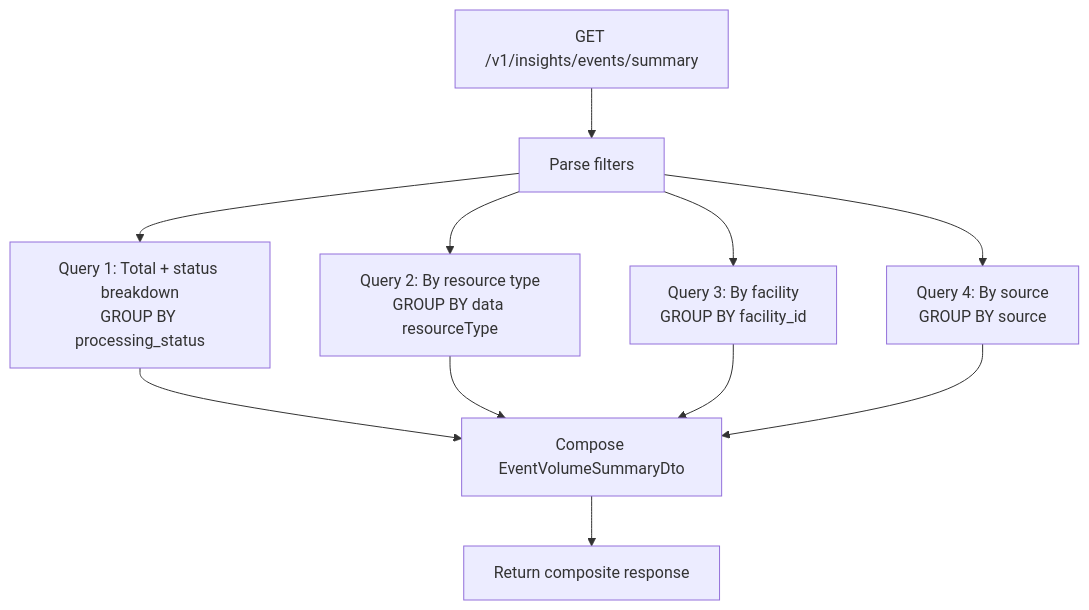
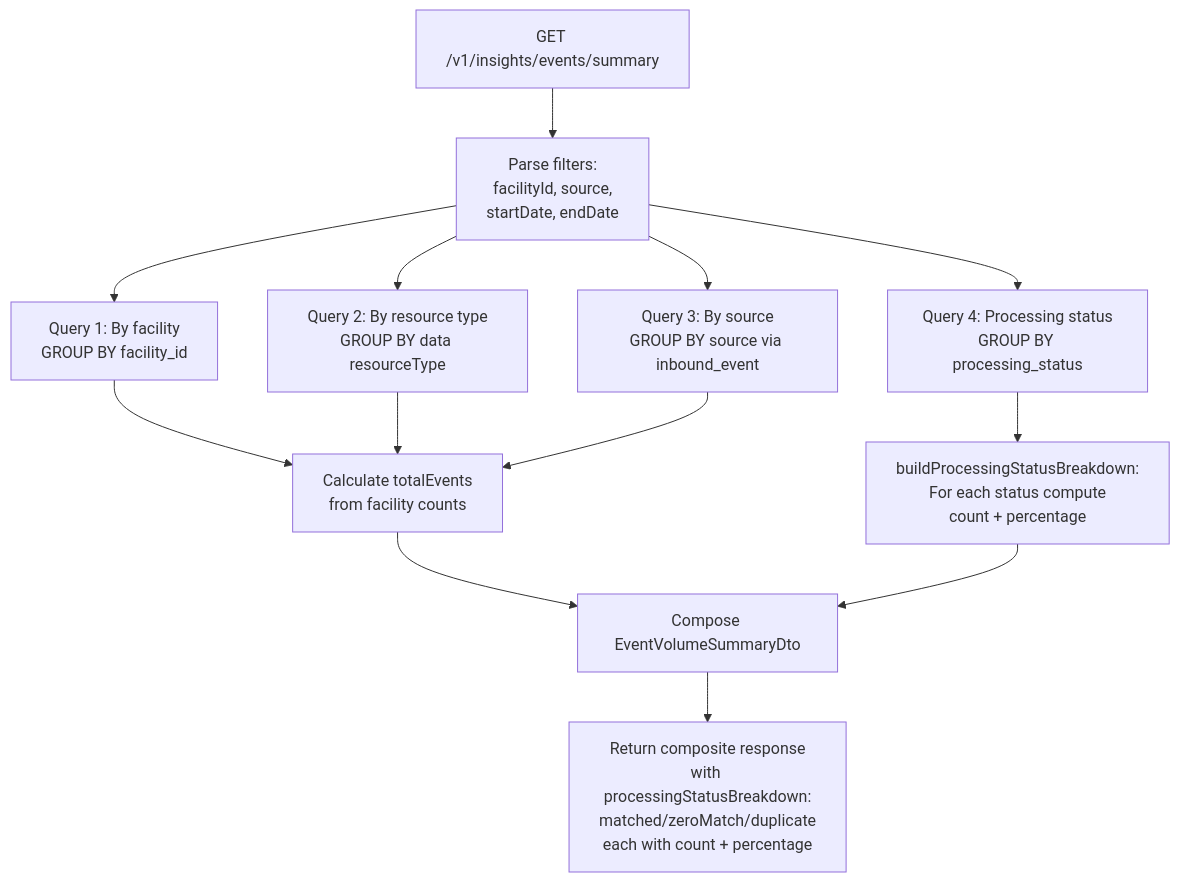
One commit to AjishaVayoli-Tarento/cce-insights-service changed the tenth of 29 diagrams in docs/flow-diagrams.md. Above: the diagram before and after it, drawn with Mermaid. The commit also changed other lines of this file and 5 other files, not shown here.

````diff
--- a/docs/flow-diagrams.md
+++ b/docs/flow-diagrams.md
@@ -205,16 +207,20 @@
 ```mermaid
 flowchart TD
-    A[GET /v1/insights/events/summary] --> B[Parse filters]
+    A[GET /v1/insights/events/summary] --> B[Parse filters:<br/>facilityId, source,<br/>startDate, endDate]
 
-    B --> C[Query 1: Total + status breakdown<br/>GROUP BY processing_status]
+    B --> C[Query 1: By facility<br/>GROUP BY facility_id]
     B --> D[Query 2: By resource type<br/>GROUP BY data resourceType]
-    B --> E[Query 3: By facility<br/>GROUP BY facility_id]
-    B --> F[Query 4: By source<br/>GROUP BY source]
+    B --> E[Query 3: By source<br/>GROUP BY source via inbound_event]
+    B --> F[Query 4: Processing status<br/>GROUP BY processing_status]
 
-    C --> G[Compose EventVolumeSummaryDto]
+    C --> G[Calculate totalEvents<br/>from facility counts]
     D --> G
     E --> G
-    F --> G
 
-    G --> H[Return composite response]
+    F --> H[buildProcessingStatusBreakdown:<br/>For each status compute<br/>count + percentage]
+
+    G --> I[Compose EventVolumeSummaryDto]
+    H --> I
+
+    I --> J[Return composite response<br/>with processingStatusBreakdown:<br/>matched/zeroMatch/duplicate<br/>each with count + percentage]
 ```
````
